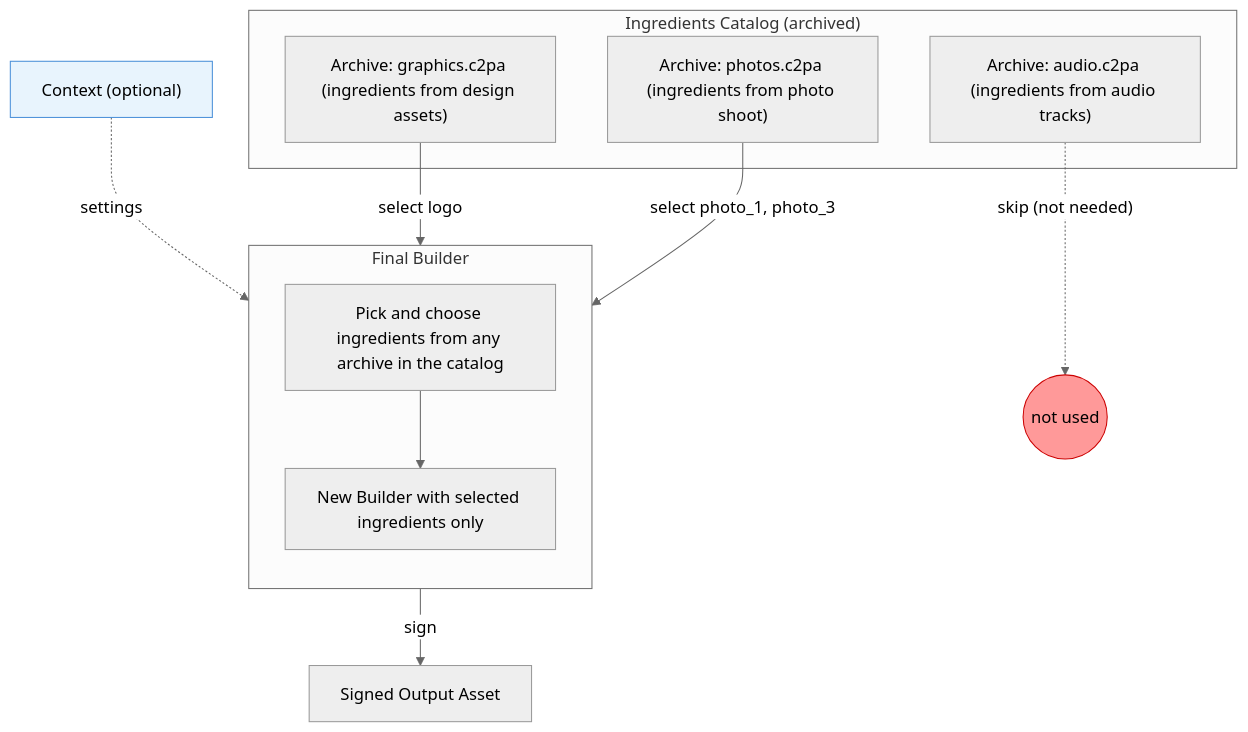
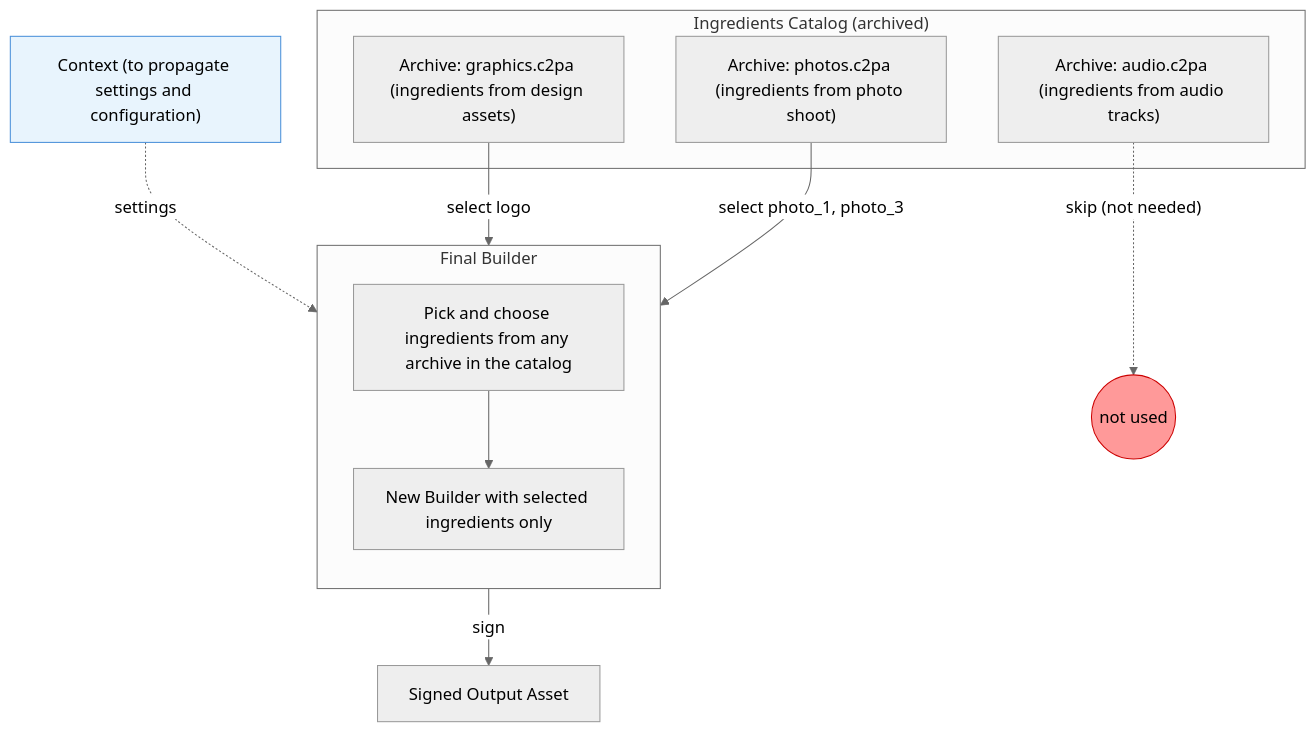
Before and after one commit to contentauth/c2pa-python: the third of 4 diagrams in docs/tmn-wip-docs/selective-manifests.md, drawn with Mermaid (neutral theme). The commit also changed other lines of this file, not shown here.

````diff
--- a/docs/tmn-wip-docs/selective-manifests.md
+++ b/docs/tmn-wip-docs/selective-manifests.md
@@ -453,24 +477,24 @@
 ```mermaid
 flowchart TD
     subgraph Catalog["Ingredients Catalog (archived)"]
         A1["Archive: photos.c2pa (ingredients from photo shoot)"]
         A2["Archive: graphics.c2pa (ingredients from design assets)"]
         A3["Archive: audio.c2pa (ingredients from audio tracks)"]
     end
-    CTX["Context (optional)"]
+    CTX["Context (to propagate settings and configuration)"]
     subgraph Build["Final Builder"]
         direction TB
         SEL["Pick and choose ingredients from any archive in the catalog"]
         FB["New Builder with selected ingredients only"]
     end
     A1 -->|"select photo_1, photo_3"| SEL
     A2 -->|"select logo"| SEL
     A3 -. "skip (not needed)" .-> X((not used))
     CTX -.->|"settings"| FB
     SEL --> FB
     FB -->|sign| OUT[Signed Output Asset]
 
     style A3 fill:#eee,stroke:#999
     style X fill:#f99,stroke:#c00
     style CTX fill:#e8f4fd,stroke:#4a90d9
 ```
````
